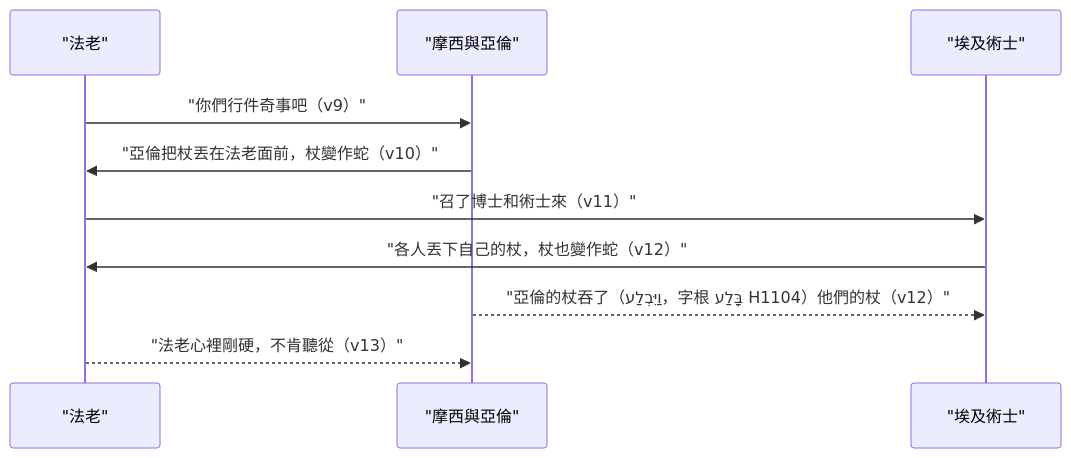
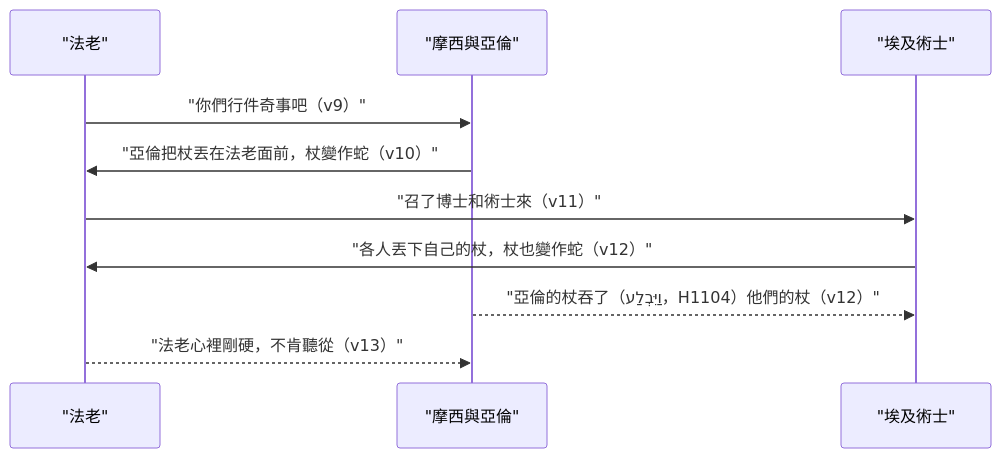
Before and after one commit to andyjr5566/Bible_wiki_zh: the diagram in 02 出埃及記/第7章.md, drawn with Mermaid. The commit also changed other lines of this file and 14 other files, not shown here.

````diff
--- a/02 出埃及記/第7章.md
+++ b/02 出埃及記/第7章.md
@@ -125,12 +125,12 @@
 ```mermaid
 sequenceDiagram
     participant P as "法老"
     participant A as "摩西與亞倫"
     participant M as "埃及術士"
     P->>A: "你們行件奇事吧（v9）"
     A->>P: "亞倫把杖丟在法老面前，杖變作蛇（v10）"
     P->>M: "召了博士和術士來（v11）"
     M->>P: "各人丟下自己的杖，杖也變作蛇（v12）"
-    A-->>M: "亞倫的杖吞了（וַיִּבְלַע，字根 בָּלַע H1104）他們的杖（v12）"
+    A-->>M: "亞倫的杖吞了（וַיִּבְלַע，H1104）他們的杖（v12）"
     P-->>A: "法老心裡剛硬，不肯聽從（v13）"
 ```
````
